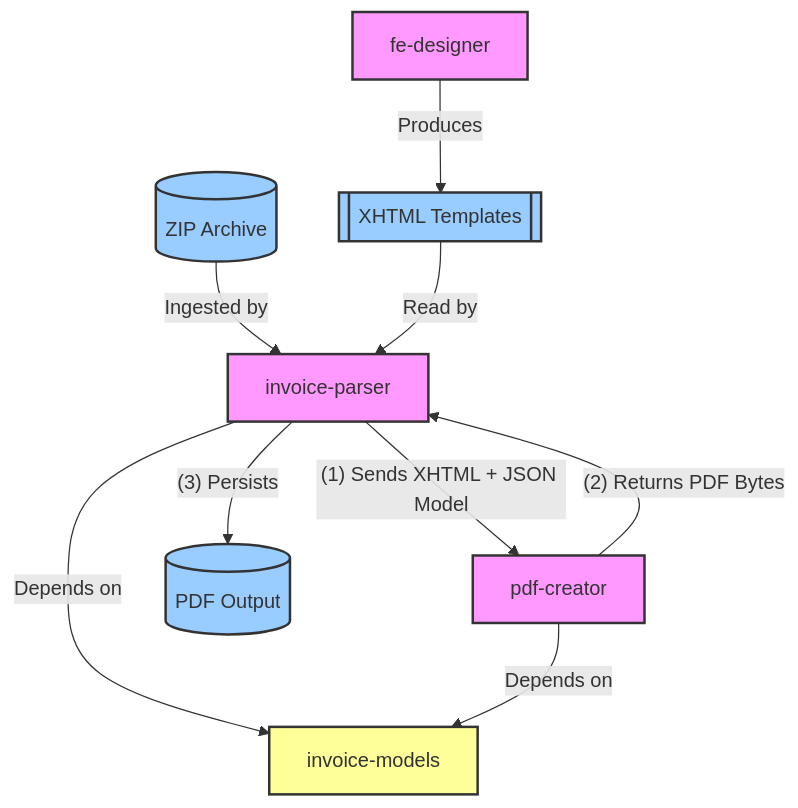
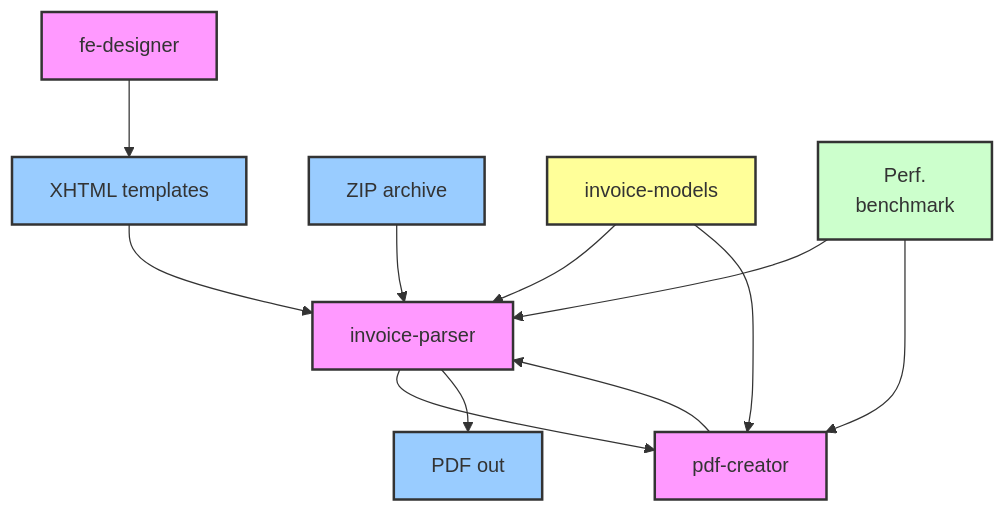
One commit to elemerz/html2pdf changed the diagram in fe-designer/docs/Project-Technical-Documentation.md. Above: the diagram before and after it, drawn with Mermaid. The commit also changed other lines of this file and 1 other file, not shown here.

````diff
--- a/fe-designer/docs/Project-Technical-Documentation.md
+++ b/fe-designer/docs/Project-Technical-Documentation.md
@@ -9,35 +9,32 @@
 ```mermaid
-graph TD
-    %% Nodes
+flowchart TB
     FE[fe-designer]
+    TPL[XHTML templates]
+    ZIP[ZIP archive]
     IP[invoice-parser]
     PC[pdf-creator]
+    PDF[PDF out]
     IM[invoice-models]
-    
-    %% Data Stores/Files
-    ZIP[(ZIP Archive)]
-    TPL[[XHTML Templates]]
-    PDF[(PDF Output)]
+    PB[Perf.</br>benchmark]
 
-    %% Relationships
-    FE -->|Produces| TPL
-    ZIP -->|Ingested by| IP
-    TPL -->|Read by| IP
-    
-    IP -->|Depends on| IM
-    PC -->|Depends on| IM
-    
-    IP -->|"(1) Sends XHTML + JSON Model"| PC
-    PC -->|"(2) Returns PDF Bytes"| IP
-    
-    IP -->|"(3) Persists"| PDF
+    FE --> TPL
+    ZIP --> IP
+    TPL --> IP
+    IP --> PC
+    PC --> IP
+    IP --> PDF
+    IM --> IP
+    IM --> PC
+    PB --> IP
+    PB --> PC
 
-    %% Styling
     classDef service fill:#f9f,stroke:#333,stroke-width:2px;
     classDef lib fill:#ff9,stroke:#333,stroke-width:2px;
     classDef file fill:#9cf,stroke:#333,stroke-width:2px;
-    
+    classDef bench fill:#cfc,stroke:#333,stroke-width:2px;
+
     class FE,IP,PC service;
     class IM lib;
     class ZIP,TPL,PDF file;
+    class PB bench;
 ```
````
